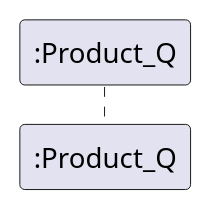
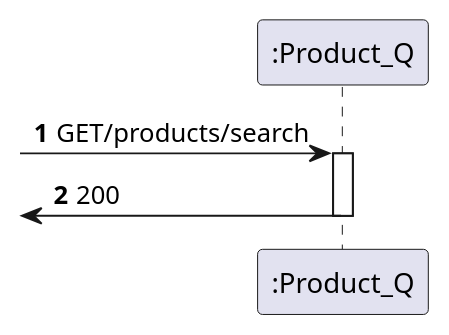
Before and after one commit to 1201441BrunoPereira/Trabalho2Products: the diagram in Product1_Q/Diagramas/N2/GetSearch.puml, drawn with PlantUML. The commit also changed 6 other files, not shown here.

Commit message:
Diagramas Trabalho 3

```diff
--- a/Product1_Q/Diagramas/N2/GetSearch.puml
+++ b/Product1_Q/Diagramas/N2/GetSearch.puml
@@ -1,9 +1,13 @@
 @startuml
 'https://plantuml.com/sequence-diagram
 
-autoactivate on
 autonumber
 
 participant ":Product_Q" as pro
 
+-> pro: GET/products/search
+activate pro
+[<- pro: 200
+deactivate pro
+
 @enduml
```
